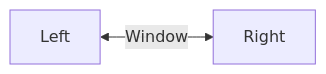
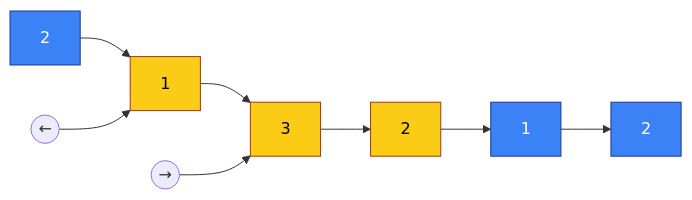
One commit to bhaskarneerati/coding-mermaid-diagrams changed the tenth of 11 diagrams in sliding-window.md. Above: the diagram before and after it, drawn with Mermaid. The commit also changed other lines of this file, not shown here.

````diff
--- a/sliding-window.md
+++ b/sliding-window.md
@@ -112,8 +188,13 @@
 ```mermaid
 flowchart LR
-    Left <-- Window --> Right
+M1[2] --> M2[1] --> M3[3] --> M4[2] --> M5[1] --> M6[2]
 
-    classDef window fill:#facc15,stroke:#a16207,color:#000000;
+left((←)) --> M2
+right((→)) --> M3
 
-    class Window window;
+classDef base fill:#3b82f6,stroke:#1e3a8a,color:#ffffff;
+classDef window fill:#facc15,stroke:#92400e,color:#000000;
+
+class M2,M3,M4 window;
+class M1,M5,M6 base;
 ```
````
